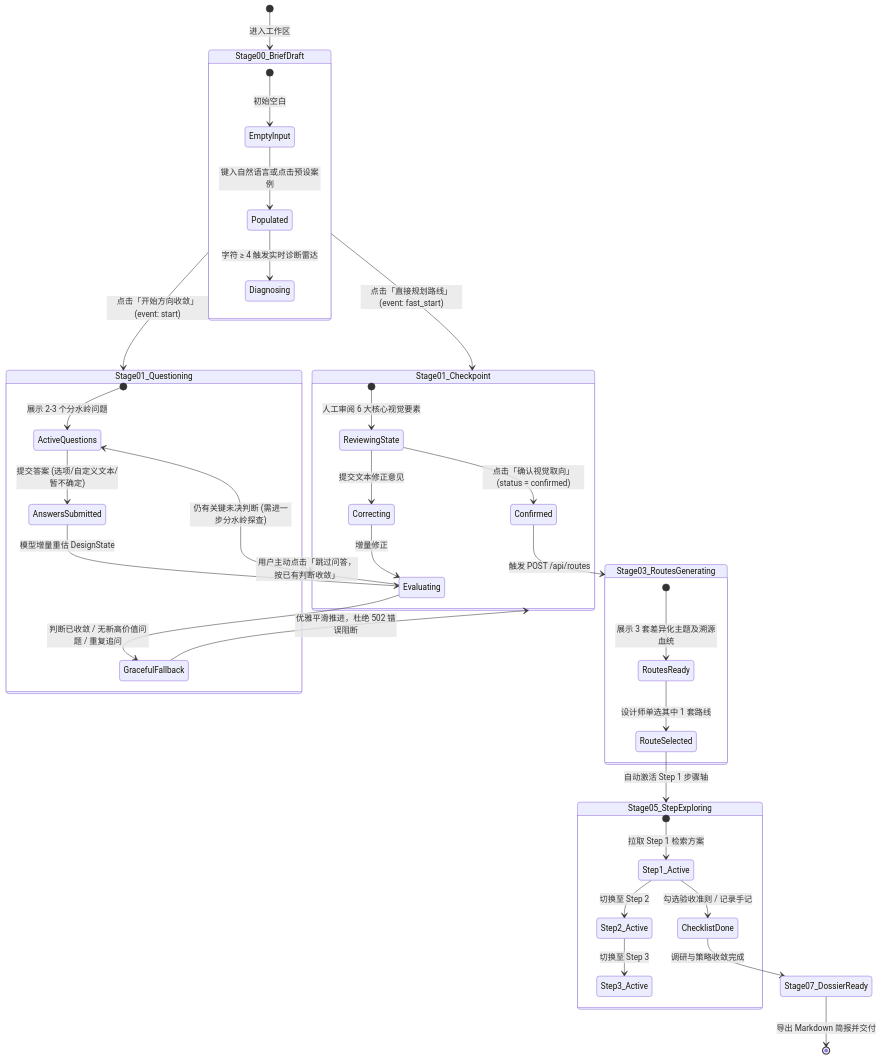
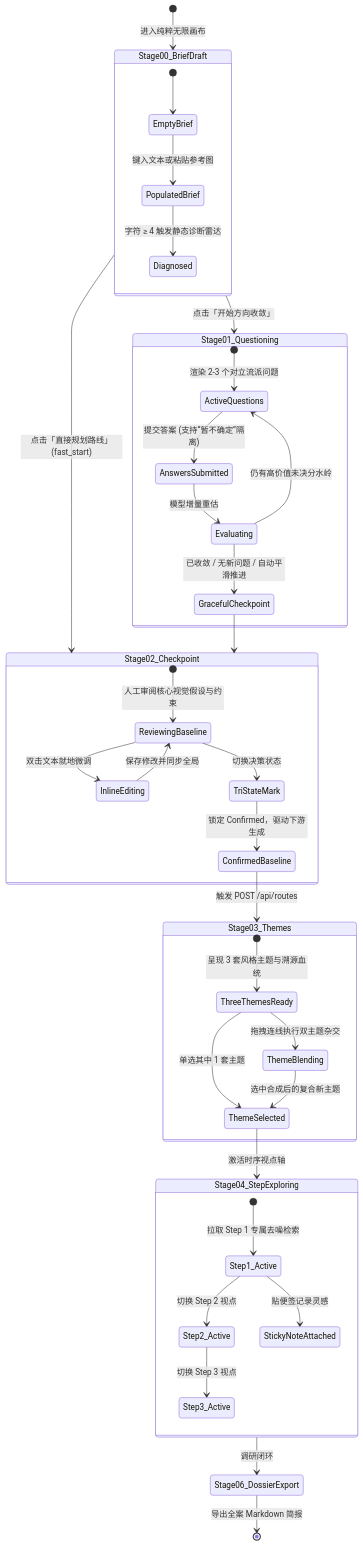
The fourth of 5 diagrams in docs/SIFT_PRD_AND_USER_FLOW.md (imLeyson/SIFT-Veribox), drawn with Mermaid before and after one commit. The commit also changed other lines of this file and 5 other files, not shown here.

````diff
--- a/docs/SIFT_PRD_AND_USER_FLOW.md
+++ b/docs/SIFT_PRD_AND_USER_FLOW.md
@@ -270,51 +273,52 @@
 ```mermaid
 stateDiagram-v2
-    [*] --> Stage00_BriefDraft : 进入工作区
+    [*] --> Stage00_BriefDraft : 进入纯粹无限画布
 
     state Stage00_BriefDraft {
-        [*] --> EmptyInput : 初始空白
-        EmptyInput --> Populated : 键入自然语言或点击预设案例
-        Populated --> Diagnosing : 字符 ≥ 4 触发实时诊断雷达
+        [*] --> EmptyBrief
+        EmptyBrief --> PopulatedBrief : 键入文本或粘贴参考图
+        PopulatedBrief --> Diagnosed : 字符 ≥ 4 触发静态诊断雷达
     }
 
-    Stage00_BriefDraft --> Stage01_Questioning : 点击「开始方向收敛」(event: start)
-    Stage00_BriefDraft --> Stage01_Checkpoint : 点击「直接规划路线」(event: fast_start)
+    Stage00_BriefDraft --> Stage01_Questioning : 点击「开始方向收敛」
+    Stage00_BriefDraft --> Stage02_Checkpoint : 点击「直接规划路线」(fast_start)
 
     state Stage01_Questioning {
-        [*] --> ActiveQuestions : 展示 2-3 个分水岭问题
-        ActiveQuestions --> AnswersSubmitted : 提交答案 (选项/自定义文本/暂不确定)
-        
-        AnswersSubmitted --> Evaluating : 模型增量重估 DesignState
-        Evaluating --> ActiveQuestions : 仍有关键未决判断 (需进一步分水岭探查)
-        Evaluating --> GracefulFallback : 判断已收敛 / 无新高价值问题 / 重复追问
+        [*] --> ActiveQuestions : 渲染 2-3 个对立流派问题
+        ActiveQuestions --> AnswersSubmitted : 提交答案 (支持“暂不确定”隔离)
+        AnswersSubmitted --> Evaluating : 模型增量重估
+        Evaluating --> ActiveQuestions : 仍有高价值未决分水岭
+        Evaluating --> GracefulCheckpoint : 已收敛 / 无新问题 / 自动平滑推进
     }
 
-    GracefulFallback --> Stage01_Checkpoint : 优雅平滑推进，杜绝 502 错误阻断
-    Stage01_Questioning --> Stage01_Checkpoint : 用户主动点击「跳过问答，按已有判断收敛」
+    GracefulCheckpoint --> Stage02_Checkpoint
 
-    state Stage01_Checkpoint {
-        [*] --> ReviewingState : 人工审阅 6 大核心视觉要素
-        ReviewingState --> Correcting : 提交文本修正意见
-        Correcting --> Evaluating : 增量修正
-        ReviewingState --> Confirmed : 点击「确认视觉取向」(status = confirmed)
+    state Stage02_Checkpoint {
+        [*] --> ReviewingBaseline : 人工审阅核心视觉假设与约束
+        ReviewingBaseline --> InlineEditing : 双击文本就地微调
+        InlineEditing --> ReviewingBaseline : 保存修改并同步全局
+        ReviewingBaseline --> TriStateMark : 切换决策状态
+        TriStateMark --> ConfirmedBaseline : 锁定 Confirmed，驱动下游生成
     }
 
-    Confirmed --> Stage03_RoutesGenerating : 触发 POST /api/routes
+    ConfirmedBaseline --> Stage03_Themes : 触发 POST /api/routes
 
-    state Stage03_RoutesGenerating {
-        [*] --> RoutesReady : 展示 3 套差异化主题及溯源血统
-        RoutesReady --> RouteSelected : 设计师单选其中 1 套路线
+    state Stage03_Themes {
+        [*] --> ThreeThemesReady : 呈现 3 套风格主题与溯源血统
+        ThreeThemesReady --> ThemeSelected : 单选其中 1 套主题
+        ThreeThemesReady --> ThemeBlending : 拖拽连线执行双主题杂交
+        ThemeBlending --> ThemeSelected : 选中合成后的复合新主题
     }
 
-    RouteSelected --> Stage05_StepExploring : 自动激活 Step 1 步骤轴
+    ThemeSelected --> Stage04_StepExploring : 激活时序视点轴
 
-    state Stage05_StepExploring {
-        [*] --> Step1_Active : 拉取 Step 1 检索方案
-        Step1_Active --> Step2_Active : 切换至 Step 2
-        Step2_Active --> Step3_Active : 切换至 Step 3
-        Step1_Active --> ChecklistDone : 勾选验收准则 / 记录手记
+    state Stage04_StepExploring {
+        [*] --> Step1_Active : 拉取 Step 1 专属去噪检索
+        Step1_Active --> Step2_Active : 切换 Step 2 视点
+        Step2_Active --> Step3_Active : 切换 Step 3 视点
+        Step1_Active --> StickyNoteAttached : 贴便签记录灵感
     }
 
-    ChecklistDone --> Stage07_DossierReady : 调研与策略收敛完成
-    Stage07_DossierReady --> [*] : 导出 Markdown 简报并交付
+    Stage04_StepExploring --> Stage06_DossierExport : 调研闭环
+    Stage06_DossierExport --> [*] : 导出全案 Markdown 简报
 ```
````
